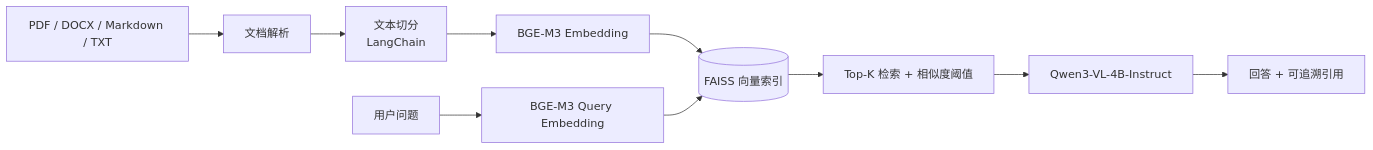
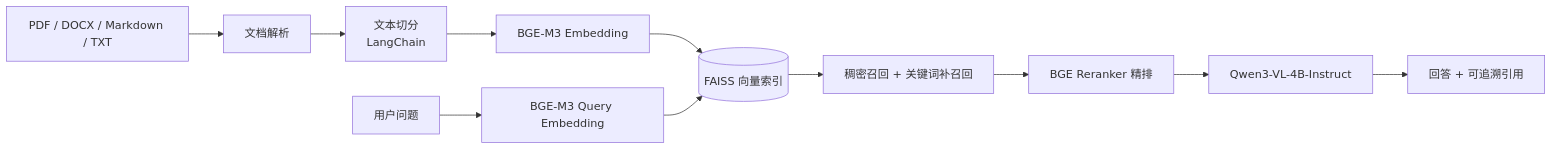
Before and after one commit to yeshezhi/multimodal-rag-agent-assistant: the diagram in README.md, drawn with Mermaid. The commit also changed other lines of this file and 7 other files, not shown here.

````diff
--- a/README.md
+++ b/README.md
@@ -9,12 +9,13 @@
 ```mermaid
 flowchart LR
     A["PDF / DOCX / Markdown / TXT"] --> B["文档解析"]
     B --> C["文本切分\nLangChain"]
     C --> D["BGE-M3 Embedding"]
     D --> E[("FAISS 向量索引")]
     Q["用户问题"] --> QE["BGE-M3 Query Embedding"]
     QE --> E
-    E --> R["Top-K 检索 + 相似度阈值"]
-    R --> L["Qwen3-VL-4B-Instruct"]
+    E --> R["稠密召回 + 关键词补召回"]
+    R --> RR["BGE Reranker 精排"]
+    RR --> L["Qwen3-VL-4B-Instruct"]
     L --> O["回答 + 可追溯引用"]
 ```
````
